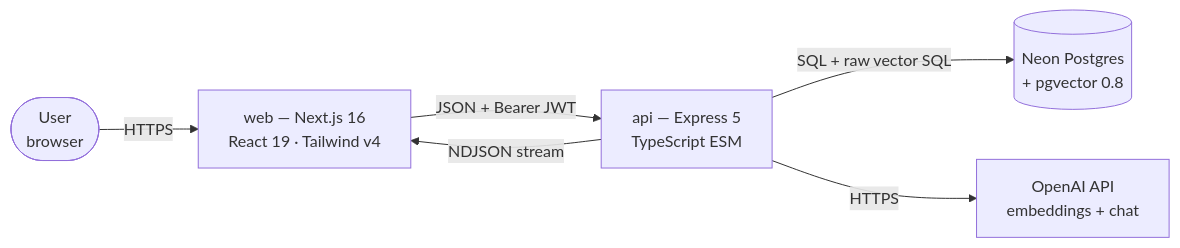
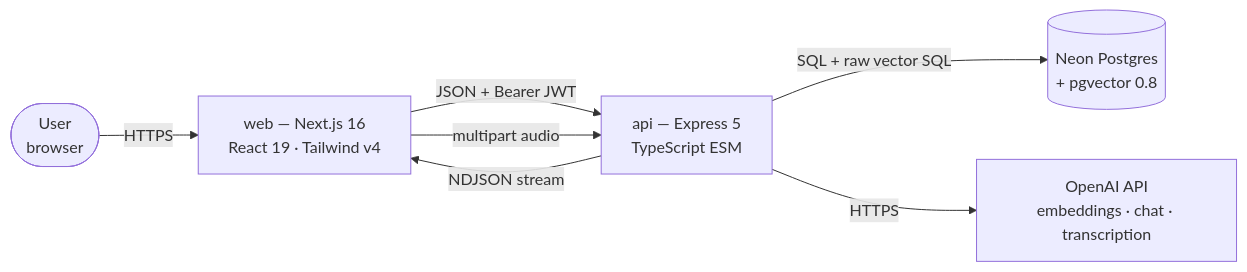
Before and after one commit to AbhishekSatyam96/rag-assistant: the first of 3 diagrams in docs/hld.md, drawn with Mermaid. The commit also changed other lines of this file and 20 other files, not shown here.

````diff
--- a/docs/hld.md
+++ b/docs/hld.md
@@ -35,14 +35,15 @@
 ```mermaid
 flowchart LR
     User(["User<br/>browser"])
     Web["web — Next.js 16<br/>React 19 · Tailwind v4"]
     Api["api — Express 5<br/>TypeScript ESM"]
     Db[("Neon Postgres<br/>+ pgvector 0.8")]
-    OpenAI["OpenAI API<br/>embeddings + chat"]
+    OpenAI["OpenAI API<br/>embeddings · chat · transcription"]
 
     User -->|HTTPS| Web
     Web -->|"JSON + Bearer JWT"| Api
+    Web -->|"multipart audio"| Api
     Api -->|"NDJSON stream"| Web
     Api -->|"SQL + raw vector SQL"| Db
     Api -->|"HTTPS"| OpenAI
 ```
````
